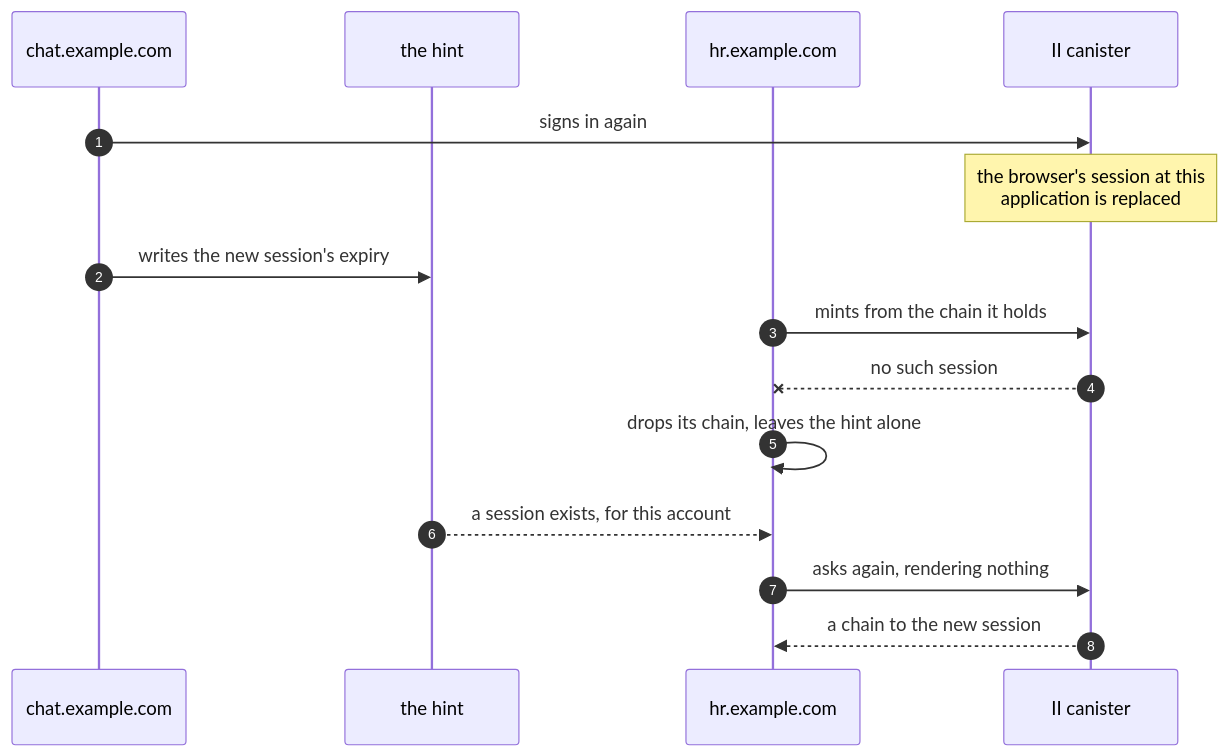
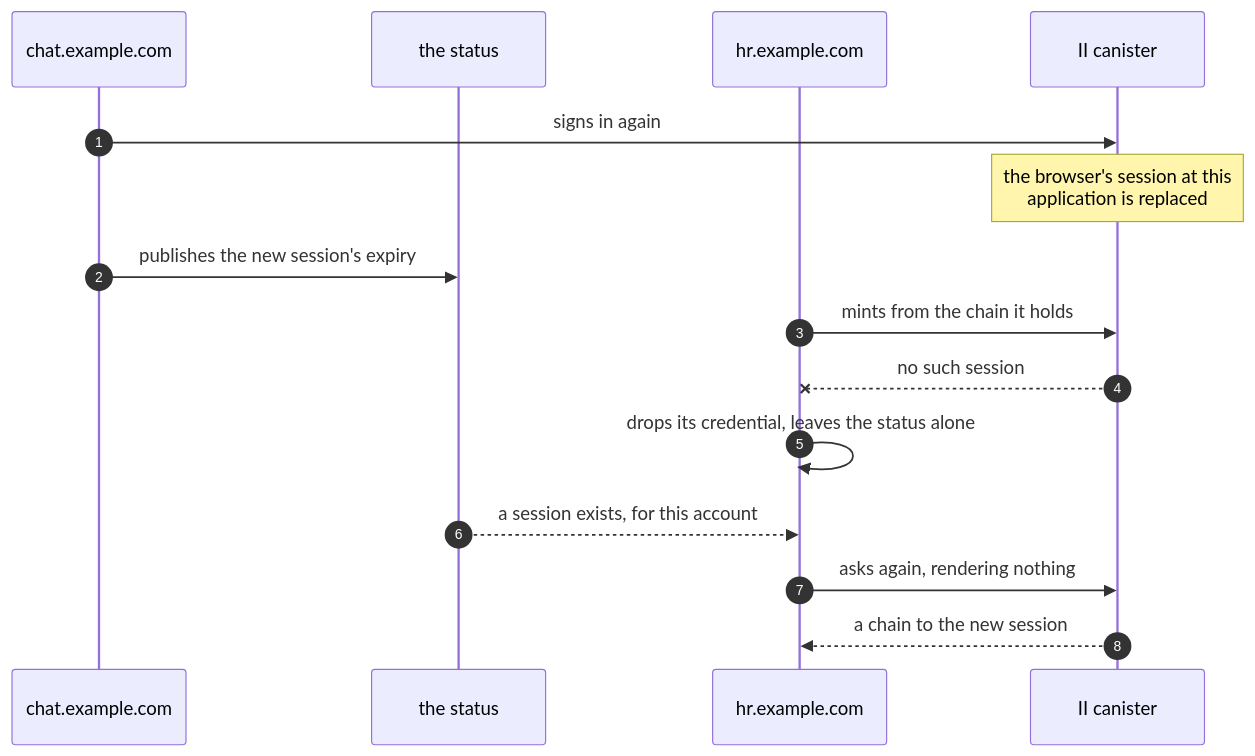
The fifth of 5 diagrams in docs/ongoing/client-app-sessions.md (dfinity/internet-identity), drawn with Mermaid before and after one commit. The commit also changed other lines of this file and 1 other file, not shown here.

First line of the commit message:
docs: one credential store, and a published status beside it

````diff
--- a/docs/ongoing/client-app-sessions.md
+++ b/docs/ongoing/client-app-sessions.md
@@ -288,18 +302,18 @@
 ```mermaid
 sequenceDiagram
     autonumber
     participant chat as chat.example.com
-    participant hint as the hint
+    participant st as the status
     participant hr as hr.example.com
     participant IIC as II canister
 
     chat->>IIC: signs in again
     Note over IIC: the browser's session at this<br/>application is replaced
-    chat->>hint: writes the new session's expiry
+    chat->>st: publishes the new session's expiry
     hr->>IIC: mints from the chain it holds
     IIC--xhr: no such session
-    hr->>hr: drops its chain, leaves the hint alone
-    hint-->>hr: a session exists, for this account
+    hr->>hr: drops its credential, leaves the status alone
+    st-->>hr: a session exists, for this account
     hr->>IIC: asks again, rendering nothing
     IIC-->>hr: a chain to the new session
 ```
````
